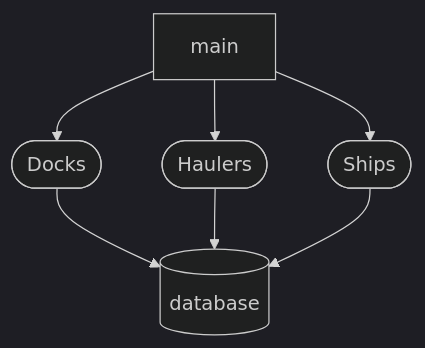
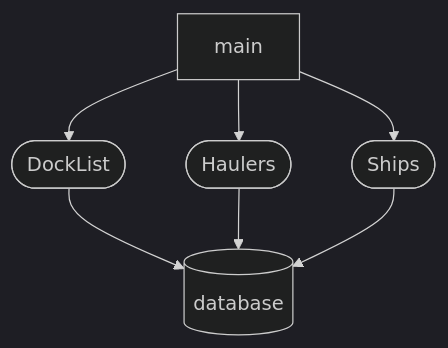
Before and after one commit to cmdrumright/shipping-ship-ships: the first of 3 diagrams in README.md, drawn with Mermaid (dark theme). The commit also changed other lines of this file, not shown here.

````diff
--- a/README.md
+++ b/README.md
@@ -4,14 +4,14 @@
 ```mermaid
 flowchart TD
     main["main"]
-    Docks(["Docks"])
+    DockList(["DockList"])
     Haulers(["Haulers"])
     Ships(["Ships"])
     database[("database")]
-    main-->Docks
+    main-->DockList
     main-->Haulers
     main-->Ships
-    Docks-->database
+    DockList-->database
     Haulers-->database
     Ships-->database
 ```
````
